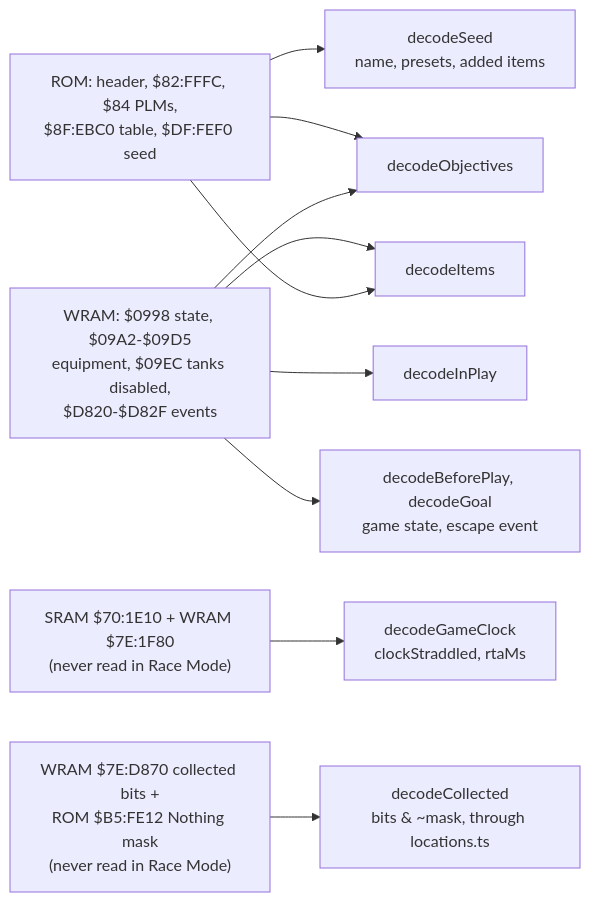
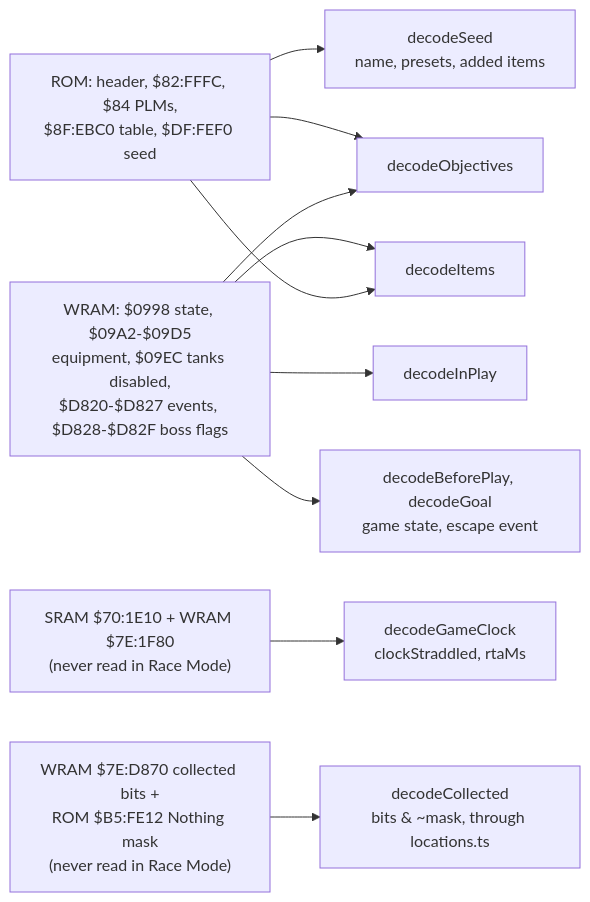
Before and after one commit to kqesar/alltp-tracker: the diagram in packs/sm/README.md, drawn with Mermaid. The commit also changed other lines of this file and 2 other files, not shown here.

````diff
--- a/packs/sm/README.md
+++ b/packs/sm/README.md
@@ -33,12 +33,12 @@
 ```mermaid
 flowchart LR
   rom["ROM: header, $82:FFFC, $84 PLMs,<br/>$8F:EBC0 table, $DF:FEF0 seed"] --> seed["decodeSeed<br/>name, presets, added items"]
   rom --> obj["decodeObjectives"]
-  wram["WRAM: $0998 state, $09A2-$09D5<br/>equipment, $09EC tanks disabled,<br/>$D820-$D82F events"] --> items["decodeItems"]
+  wram["WRAM: $0998 state, $09A2-$09D5<br/>equipment, $09EC tanks disabled,<br/>$D820-$D827 events, $D828-$D82F boss flags"] --> items["decodeItems"]
   rom --> items
   wram --> obj
   wram --> play["decodeInPlay"]
   wram --> goal["decodeBeforePlay, decodeGoal<br/>game state, escape event"]
   clock["SRAM $70:1E10 + WRAM $7E:1F80<br/>(never read in Race Mode)"] --> rta["decodeGameClock<br/>clockStraddled, rtaMs"]
   bits["WRAM $7E:D870 collected bits +<br/>ROM $B5:FE12 Nothing mask<br/>(never read in Race Mode)"] --> locs["decodeCollected<br/>bits &amp; ~mask, through locations.ts"]
 ```
````
